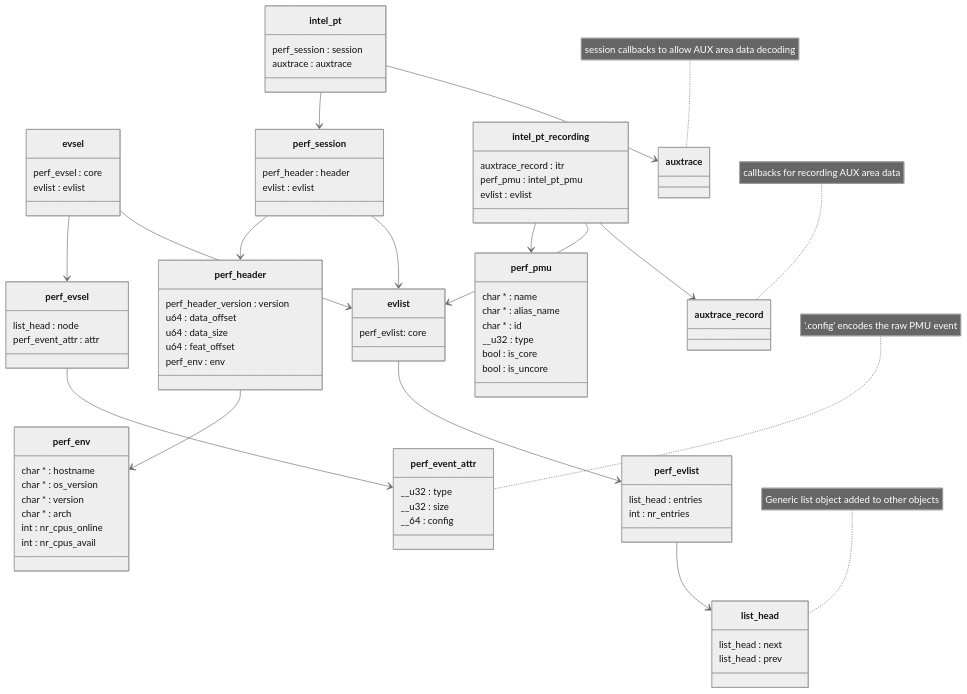
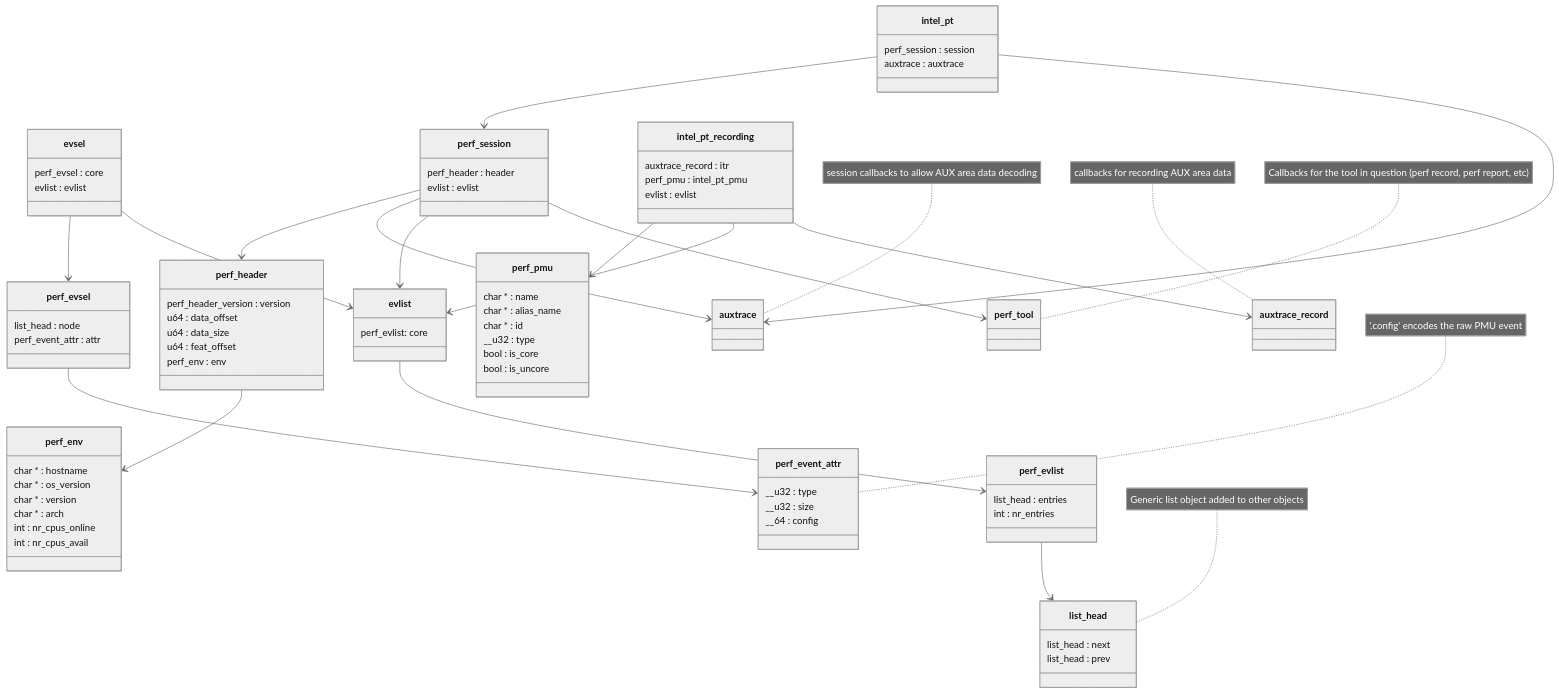
Before and after one commit to jamesodhunt/foo: the diagram in mermaid-classes-2.md, drawn with Mermaid (neutral theme).

```diff
--- a/mermaid-classes-2.md
+++ b/mermaid-classes-2.md
@@ -86,6 +86,10 @@
       bool : is_uncore
     }
 
+    class perf_tool {
+    }
+    note for perf_tool "Callbacks for the tool in question (perf record, perf report, etc)"
+
     %% -------------------------------------------
     %% Define relationships
 
@@ -95,7 +99,9 @@
     perf_evsel --> perf_event_attr
     perf_evlist --> list_head
     perf_session --> perf_header
+    perf_session --> auxtrace
     perf_session --> evlist
+    perf_session --> perf_tool
     perf_header --> perf_env
     intel_pt --> perf_session
     intel_pt --> auxtrace
```
